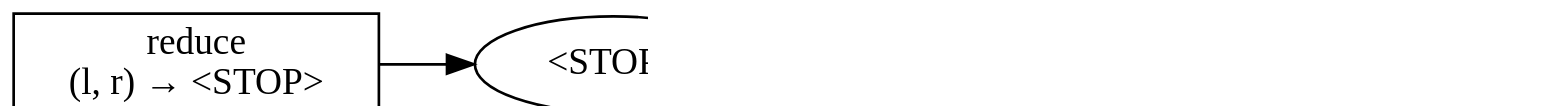
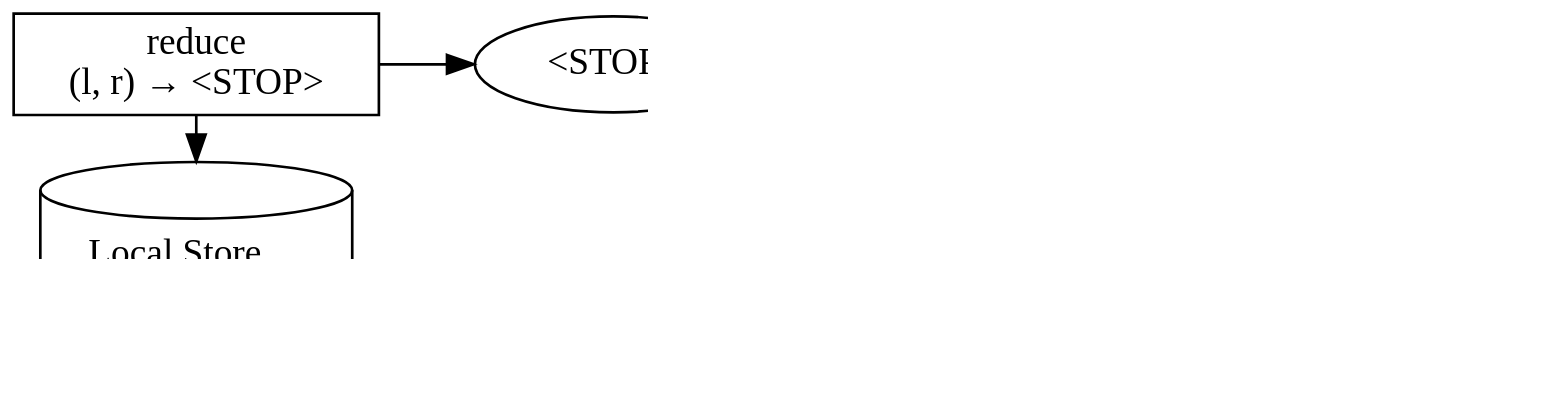
Before and after one commit to inponomarev/kstreams-testing-pitfalls: the eighth of 14 diagrams in slides/src/main/asciidoc/lecture.adoc, drawn with Graphviz. The commit also changed other lines of this file, not shown here.

Commit message:
improve diagrams

```diff
--- a/slides/src/main/asciidoc/lecture.adoc
+++ b/slides/src/main/asciidoc/lecture.adoc
@@ -305,15 +366,26 @@
-[graphviz,"wrong-topology4.png"]
+[graphviz,"wrong-topology5.png"]
 ----
 digraph G {
 graph [ dpi = 180 ];
 rankdir="LR";
 A1[label="<STOP>"];
 B1[label="<STOP>"];
 A2[label="A"];
 B2[label="B"];
 
-Kafka -> A1 -> B1 -> B2 -> A2 ;
+Reduce -> A1 -> B1 -> B2 -> A2 ;
 
-Kafka[shape=box,label="reduce \n (l, r) → <STOP>"]
+Reduce[shape=box,label="reduce \n (l, r) → <STOP>"]
+
+Store[shape=cylinder,label=<<table cellspacing="5" cellborder="0"  border="0">
+        <tr><td colspan="2">Local Store</td></tr>
+        <tr><td>A</td><vr/><td>&lt;STOP&gt;</td></tr>
+        <tr><td>B</td><vr/><td>&lt;STOP&gt;</td></tr>
+        </table>>];
+
+Reduce->Store;
+
+{rank = same; Store; Reduce; }
+
 }
 ----
```
